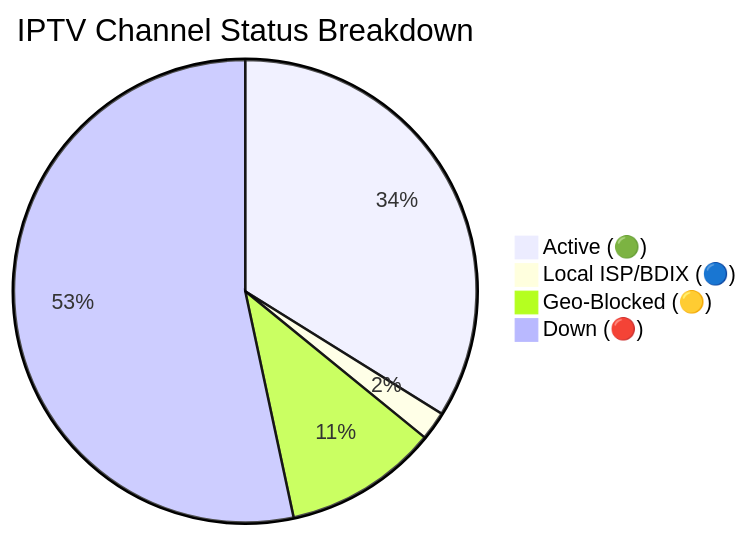
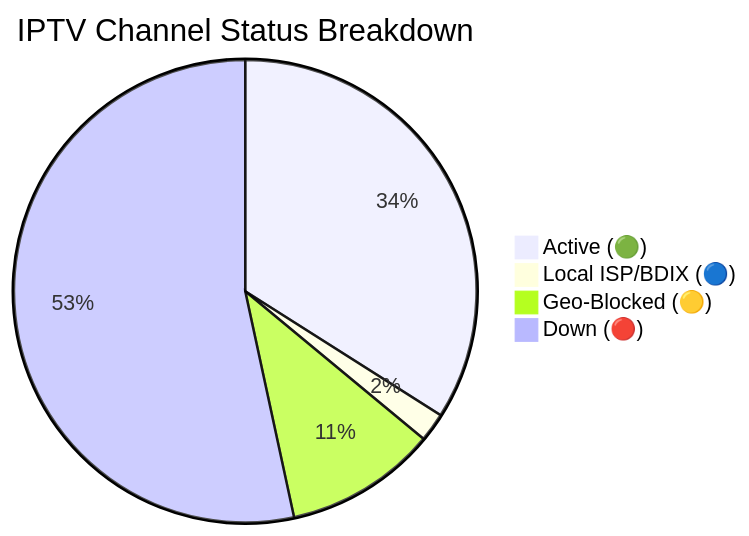
Before and after one commit to andreataylord/Ip-tv-Collection: the diagram in README.md, drawn with Mermaid. The commit also changed other lines of this file and 1 other file, not shown here.

Commit message:
docs(readme): auto-update daily channel status chart

````diff
--- a/README.md
+++ b/README.md
@@ -59,7 +59,7 @@
 ```mermaid
 pie title IPTV Channel Status Breakdown
-    "Active (🟢)" : 2156
+    "Active (🟢)" : 2164
     "Local ISP/BDIX (🔵)" : 128
-    "Geo-Blocked (🟡)" : 685
-    "Down (🔴)" : 3396
+    "Geo-Blocked (🟡)" : 675
+    "Down (🔴)" : 3398
 ```
````
